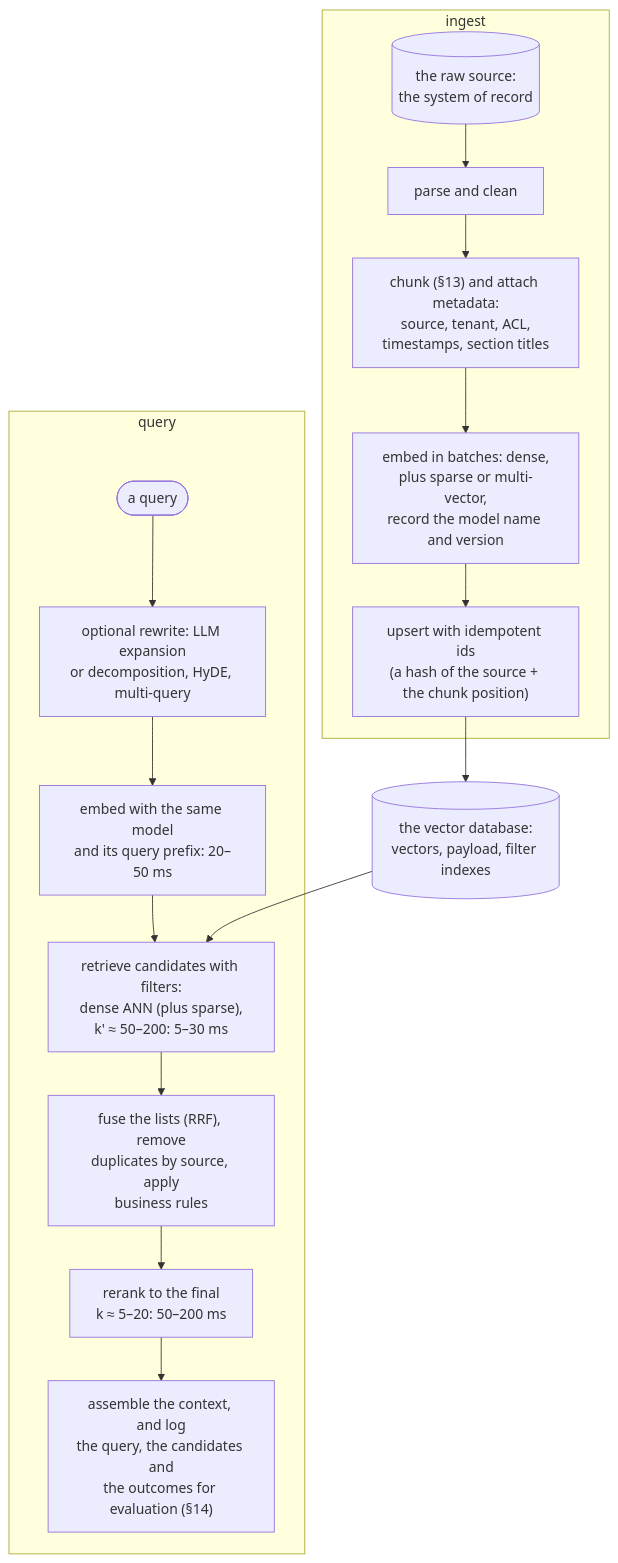
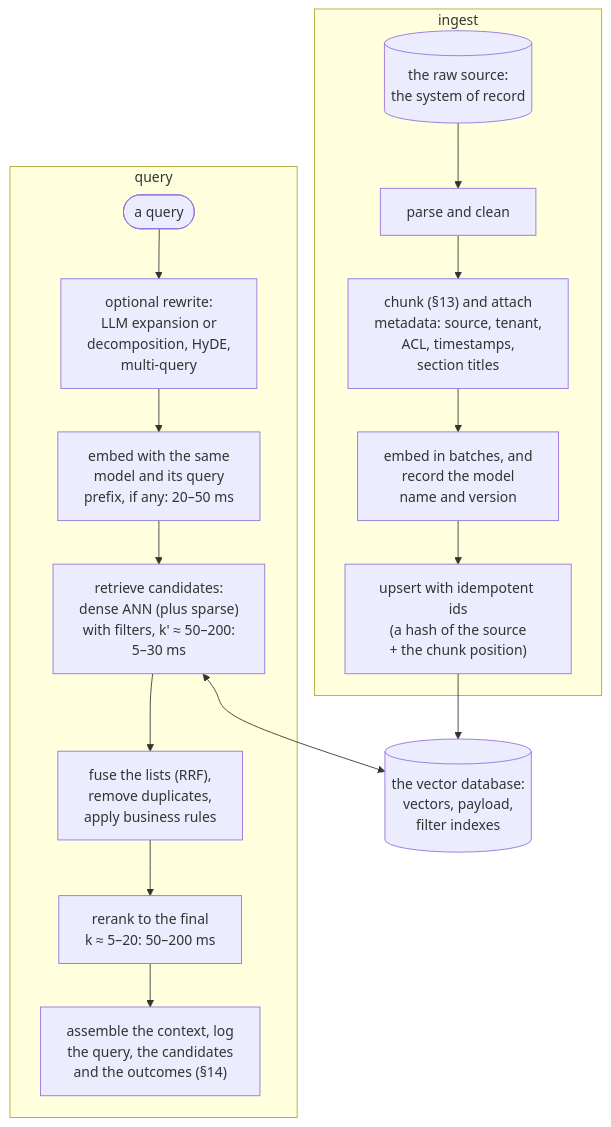
The second of 2 diagrams in 07-application-agent-framework/retrieval-rag/vector-databases-primer.md (aniryou/full-stack-agentic-engineer), drawn with Mermaid before and after one commit. The commit also changed other lines of this file and 29 other files, not shown here.

````diff
--- a/07-application-agent-framework/retrieval-rag/vector-databases-primer.md
+++ b/07-application-agent-framework/retrieval-rag/vector-databases-primer.md
@@ -289,19 +288,19 @@
 ```mermaid
 flowchart TB
   subgraph I["ingest"]
     SRC[("the raw source:<br/>the system of record")] --> PC["parse and clean"]
-    PC --> CH["chunk (§13) and attach metadata:<br/>source, tenant, ACL,<br/>timestamps, section titles"]
-    CH --> EM["embed in batches: dense,<br/>plus sparse or multi-vector,<br/>record the model name and version"]
-    EM --> UP["upsert with idempotent ids<br/>(a hash of the source + the chunk position)"]
+    PC --> CH["chunk (§13) and attach<br/>metadata: source, tenant,<br/>ACL, timestamps,<br/>section titles"]
+    CH --> EM["embed in batches, and<br/>record the model<br/>name and version"]
+    EM --> UP["upsert with idempotent ids<br/>(a hash of the source<br/>+ the chunk position)"]
   end
-  UP --> DB[("the vector database:<br/>vectors, payload, filter indexes")]
+  UP --> DB[("the vector database:<br/>vectors, payload,<br/>filter indexes")]
   subgraph Q["query"]
-    QI([a query]) --> RW["optional rewrite: LLM expansion<br/>or decomposition, HyDE, multi-query"]
-    RW --> QE["embed with the same model<br/>and its query prefix: 20–50 ms"]
-    QE --> RT["retrieve candidates with filters:<br/>dense ANN (plus sparse),<br/>k' ≈ 50–200: 5–30 ms"]
-    RT --> FU["fuse the lists (RRF), remove<br/>duplicates by source, apply<br/>business rules"]
+    QI([a query]) --> RW["optional rewrite:<br/>LLM expansion or<br/>decomposition, HyDE,<br/>multi-query"]
+    RW --> QE["embed with the same<br/>model and its query<br/>prefix, if any: 20–50 ms"]
+    QE --> RT["retrieve candidates:<br/>dense ANN (plus sparse)<br/>with filters, k' ≈ 50–200:<br/>5–30 ms"]
+    RT --> FU["fuse the lists (RRF),<br/>remove duplicates,<br/>apply business rules"]
     FU --> RR["rerank to the final<br/>k ≈ 5–20: 50–200 ms"]
-    RR --> CX["assemble the context, and log<br/>the query, the candidates and<br/>the outcomes for evaluation (§14)"]
+    RR --> CX["assemble the context, log<br/>the query, the candidates<br/>and the outcomes (§14)"]
   end
-  DB --> RT
+  RT <--> DB
 ```
````
